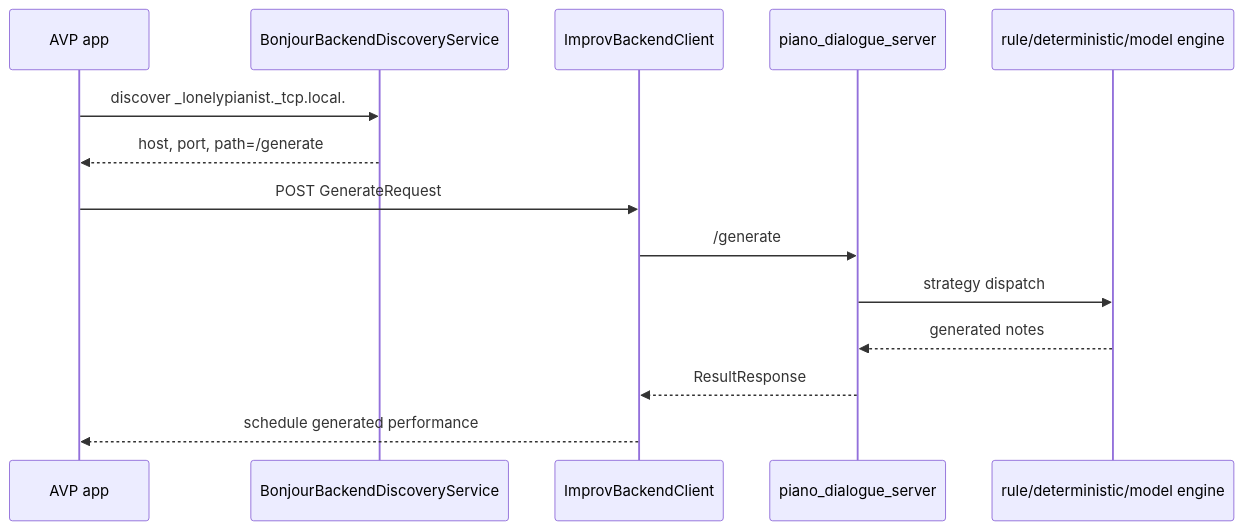
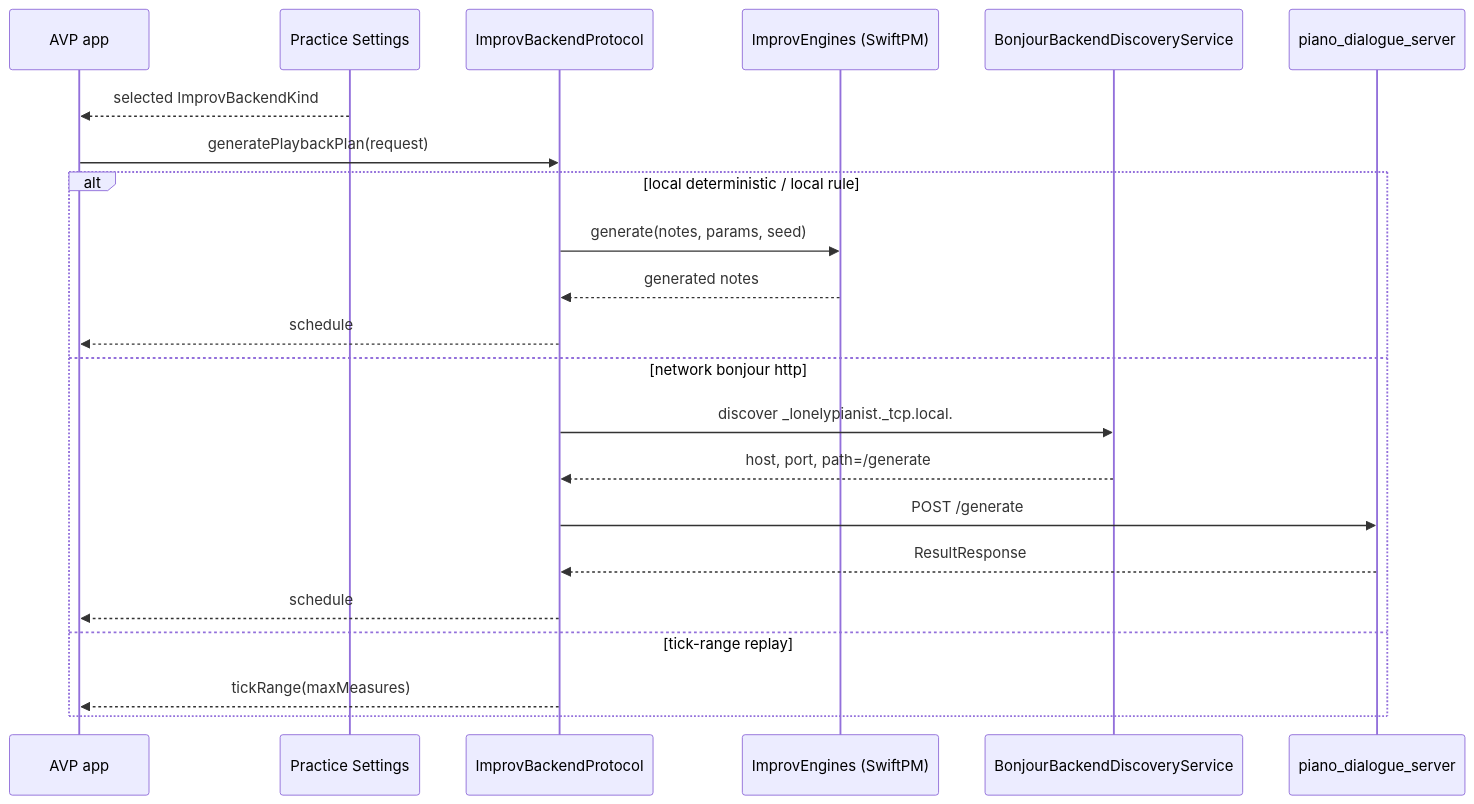
The fourth of 4 diagrams in docs/data-flow.md (chiimagnus/Amoroso), drawn with Mermaid before and after one commit. The commit also changed other lines of this file and 2 other files, not shown here.

Commit message:
P3-T5 - 更新本地即兴后端与切换说明

````diff
--- a/docs/data-flow.md
+++ b/docs/data-flow.md
@@ -101,17 +108,25 @@
 ```mermaid
 sequenceDiagram
   participant AVP as AVP app
+  participant Settings as Practice Settings
+  participant Backend as ImprovBackendProtocol
+  participant Engines as ImprovEngines (SwiftPM)
   participant Bonjour as BonjourBackendDiscoveryService
-  participant Client as ImprovBackendClient
   participant API as piano_dialogue_server
-  participant Engine as rule/deterministic/model engine
 
-  AVP->>Bonjour: discover _lonelypianist._tcp.local.
-  Bonjour-->>AVP: host, port, path=/generate
-  AVP->>Client: POST GenerateRequest
-  Client->>API: /generate
-  API->>Engine: strategy dispatch
-  Engine-->>API: generated notes
-  API-->>Client: ResultResponse
-  Client-->>AVP: schedule generated performance
+  Settings-->>AVP: selected ImprovBackendKind
+  AVP->>Backend: generatePlaybackPlan(request)
+  alt local deterministic / local rule
+    Backend->>Engines: generate(notes, params, seed)
+    Engines-->>Backend: generated notes
+    Backend-->>AVP: schedule
+  else network bonjour http
+    Backend->>Bonjour: discover _lonelypianist._tcp.local.
+    Bonjour-->>Backend: host, port, path=/generate
+    Backend->>API: POST /generate
+    API-->>Backend: ResultResponse
+    Backend-->>AVP: schedule
+  else tick-range replay
+    Backend-->>AVP: tickRange(maxMeasures)
+  end
 ```
````
